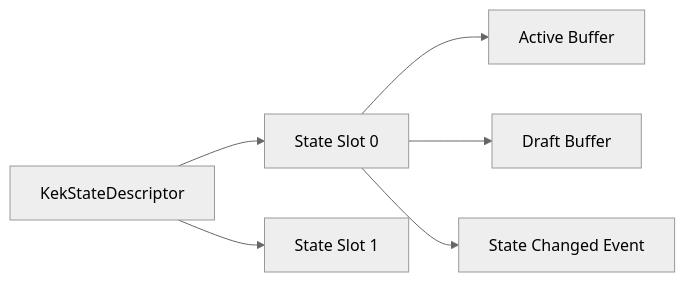
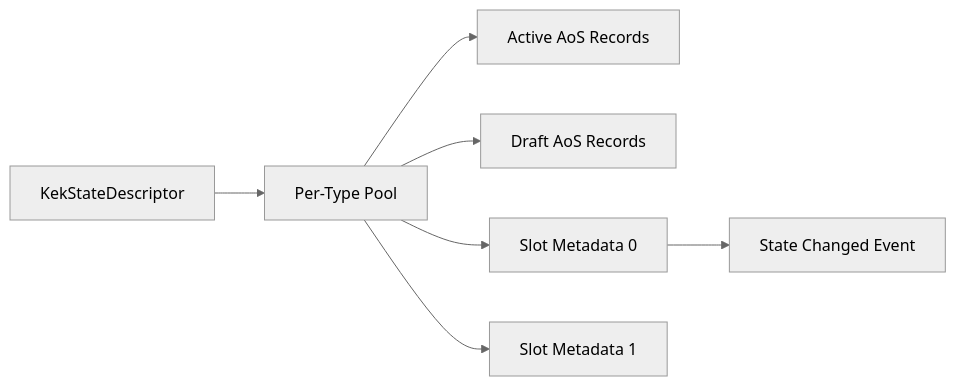
Before and after one commit to knstt/kek: the fourth of 7 diagrams in doc/runtime/architecture.md, drawn with Mermaid (neutral theme). The commit also changed other lines of this file and 32 other files, not shown here.

````diff
--- a/doc/runtime/architecture.md
+++ b/doc/runtime/architecture.md
@@ -104,15 +103,17 @@
 ```mermaid
 flowchart LR
     Descriptor[KekStateDescriptor]
-    SlotA[State Slot 0]
-    SlotB[State Slot 1]
-    Active[Active Buffer]
-    Draft[Draft Buffer]
+    Pool[Per-Type Pool]
+    Active[Active AoS Records]
+    Draft[Draft AoS Records]
+    SlotA[Slot Metadata 0]
+    SlotB[Slot Metadata 1]
     Event[State Changed Event]
 
-    Descriptor --> SlotA
-    Descriptor --> SlotB
-    SlotA --> Active
-    SlotA --> Draft
+    Descriptor --> Pool
+    Pool --> Active
+    Pool --> Draft
+    Pool --> SlotA
+    Pool --> SlotB
     SlotA --> Event
 ```
````
